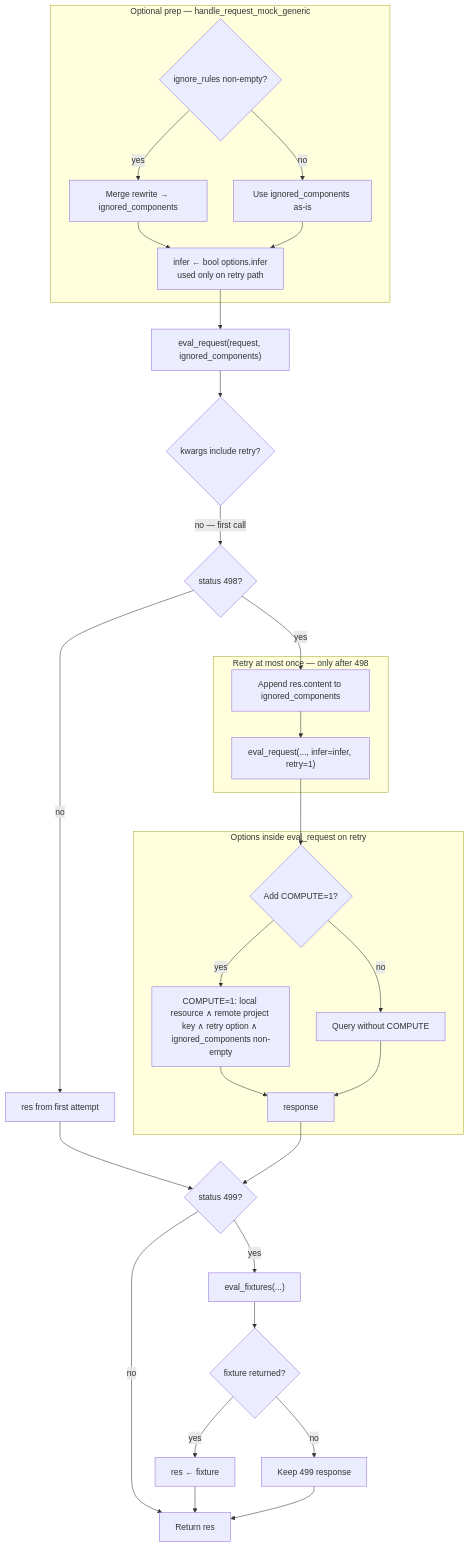
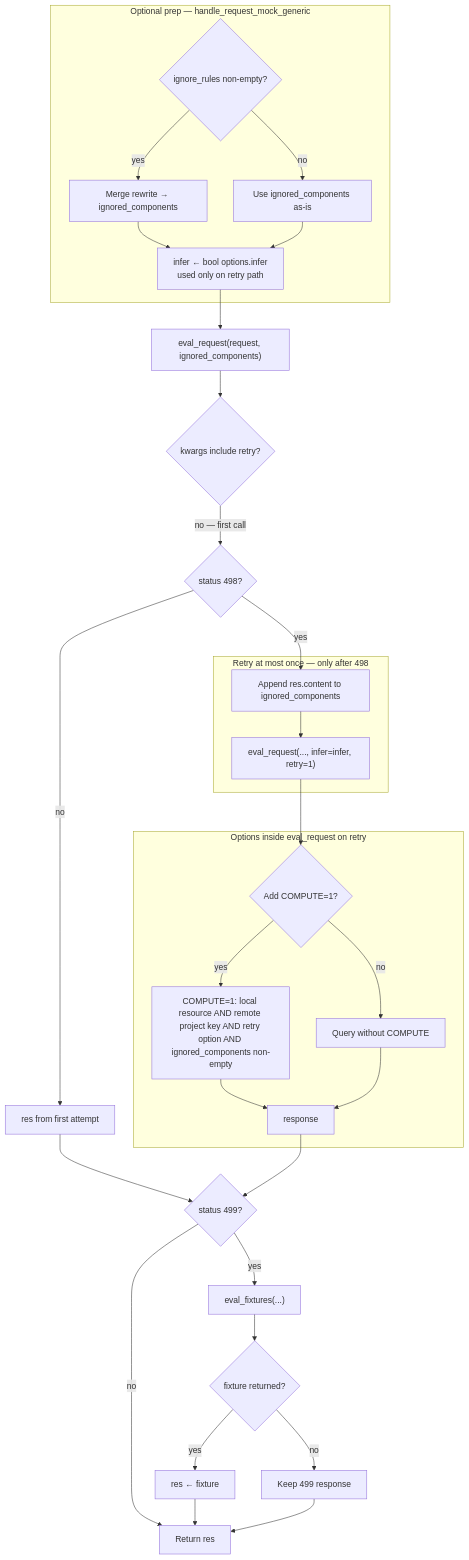
Before and after one commit to Stoobly/stoobly-agent: the first of 2 diagrams in docs/mock-request-matching.md, drawn with Mermaid. The commit also changed other lines of this file, not shown here.

Commit message:
Clarify diagram

````diff
--- a/docs/mock-request-matching.md
+++ b/docs/mock-request-matching.md
@@ -21,49 +21,49 @@
 ```mermaid
 flowchart TB
   subgraph prep [Optional prep — handle_request_mock_generic]
     IG{ignore_rules non-empty?}
     IG -->|yes| MERGE[Merge rewrite → ignored_components]
     IG -->|no| IG0[Use ignored_components as-is]
     MERGE --> INIT
     IG0 --> INIT
     INIT["infer ← bool options.infer<br/>used only on retry path"]
   end
 
   INIT --> E1["eval_request(request, ignored_components)"]
 
   E1 --> K1{kwargs include retry?}
   K1 -->|no — first call| D498{status 498?}
 
   subgraph retry_once [Retry at most once — only after 498]
     APP[Append res.content to ignored_components]
     E2["eval_request(..., infer=infer, retry=1)"]
     APP --> E2
   end
 
   subgraph opt_retry [Options inside eval_request on retry]
     CP{Add COMPUTE=1?}
-    CP -->|yes| WCOMP["COMPUTE=1: local resource ∧ remote project key ∧ retry option ∧ ignored_components non-empty"]
+    CP -->|yes| WCOMP["COMPUTE=1: local resource AND remote project key AND retry option AND ignored_components non-empty"]
     CP -->|no| NOCOMP[Query without COMPUTE]
     WCOMP --> RES2[response]
     NOCOMP --> RES2
   end
 
   E2 --> CP
 
   D498 -->|yes| APP
   D498 -->|no| RES1[res from first attempt]
 
   RES1 --> D499
   RES2 --> D499
 
   D499{status 499?}
 
   D499 -->|yes| EF["eval_fixtures(...)"]
   D499 -->|no| OUT[Return res]
 
   EF --> FX{fixture returned?}
   FX -->|yes| USEFX[res ← fixture]
   FX -->|no| KEEP499[Keep 499 response]
   USEFX --> OUT
   KEEP499 --> OUT
 ```
````
